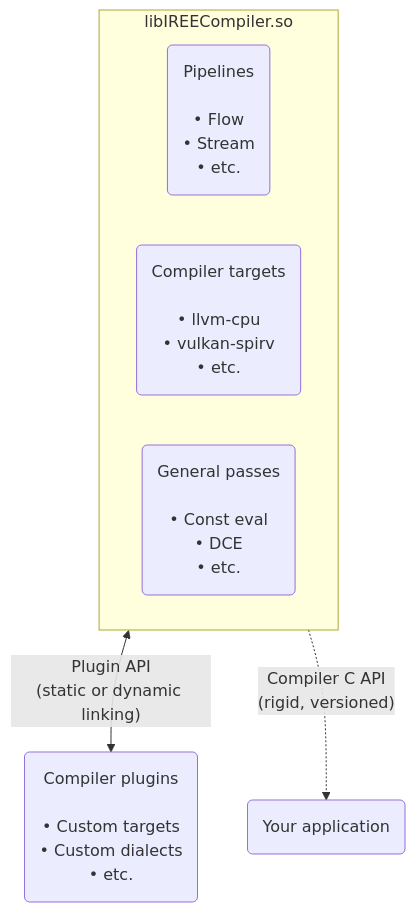
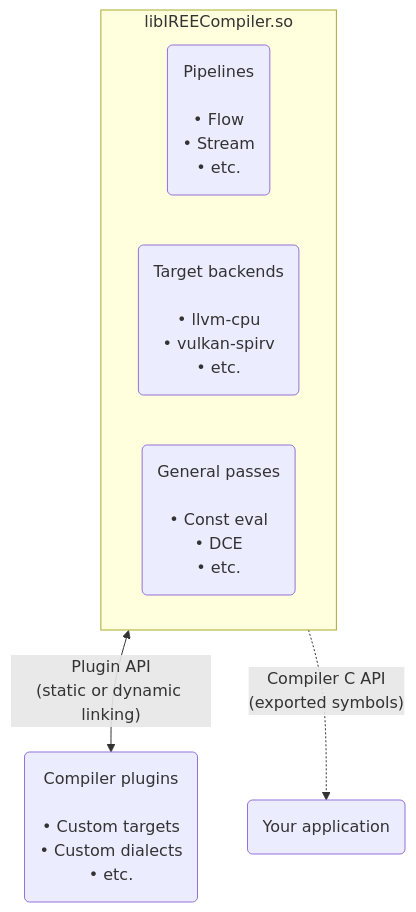
Before and after one commit to ScottTodd/iree: the first of 3 diagrams in docs/website/docs/reference/bindings/c-api.md, drawn with Mermaid. The commit also changed other lines of this file, not shown here.

Commit message:
Reword compiler and runtime API overviews.

````diff
--- a/docs/website/docs/reference/bindings/c-api.md
+++ b/docs/website/docs/reference/bindings/c-api.md
@@ -43,33 +41,33 @@
 ```mermaid
 graph TD
   subgraph compiler[libIREECompiler.so]
     pipelines("Pipelines
 
     • Flow
     • Stream
     • etc.")
 
-    targets("Compiler targets
+    targets("Target backends
 
     • llvm-cpu
     • vulkan-spirv
     • etc.")
 
     passes("General passes
 
     • Const eval
     • DCE
     • etc.")
   end
 
   plugins("Compiler plugins
 
     • Custom targets
     • Custom dialects
     • etc.")
 
   application(Your application)
 
   compiler <-- "Plugin API<br>(static or dynamic linking)" --> plugins
-  compiler -. "Compiler C API<br>(rigid, versioned)" .-> application
+  compiler -. "Compiler C API<br>(exported symbols)" .-> application
 ```
````
